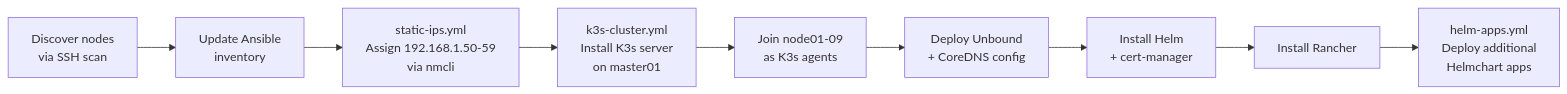
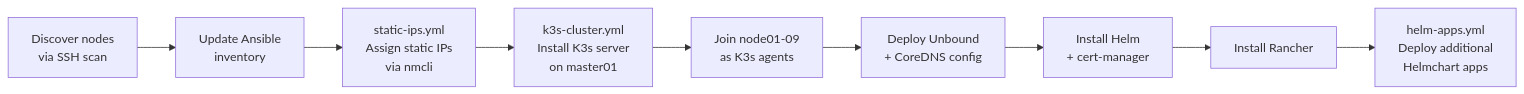
The third of 3 diagrams in README.md (NikolajHansen/raspberry-pi-k3s-cluster), drawn with Mermaid before and after one commit. The commit also changed other lines of this file, not shown here.

Commit message:
Anonymise README: replace real IPs and hostnames with examples

````diff
--- a/README.md
+++ b/README.md
@@ -84,11 +84,11 @@
 ```mermaid
 flowchart LR
     A[Discover nodes\nvia SSH scan] --> B[Update Ansible\ninventory]
-    B --> C[static-ips.yml\nAssign 192.168.1.50-59\nvia nmcli]
+    B -->     C[static-ips.yml\nAssign static IPs\nvia nmcli]
     C --> D[k3s-cluster.yml\nInstall K3s server\non master01]
     D --> E[Join node01-09\nas K3s agents]
     E --> F[Deploy Unbound\n+ CoreDNS config]
     F --> G[Install Helm\n+ cert-manager]
     G --> H[Install Rancher]
     H --> I[helm-apps.yml\nDeploy additional\nHelmchart apps]
 ```
````
